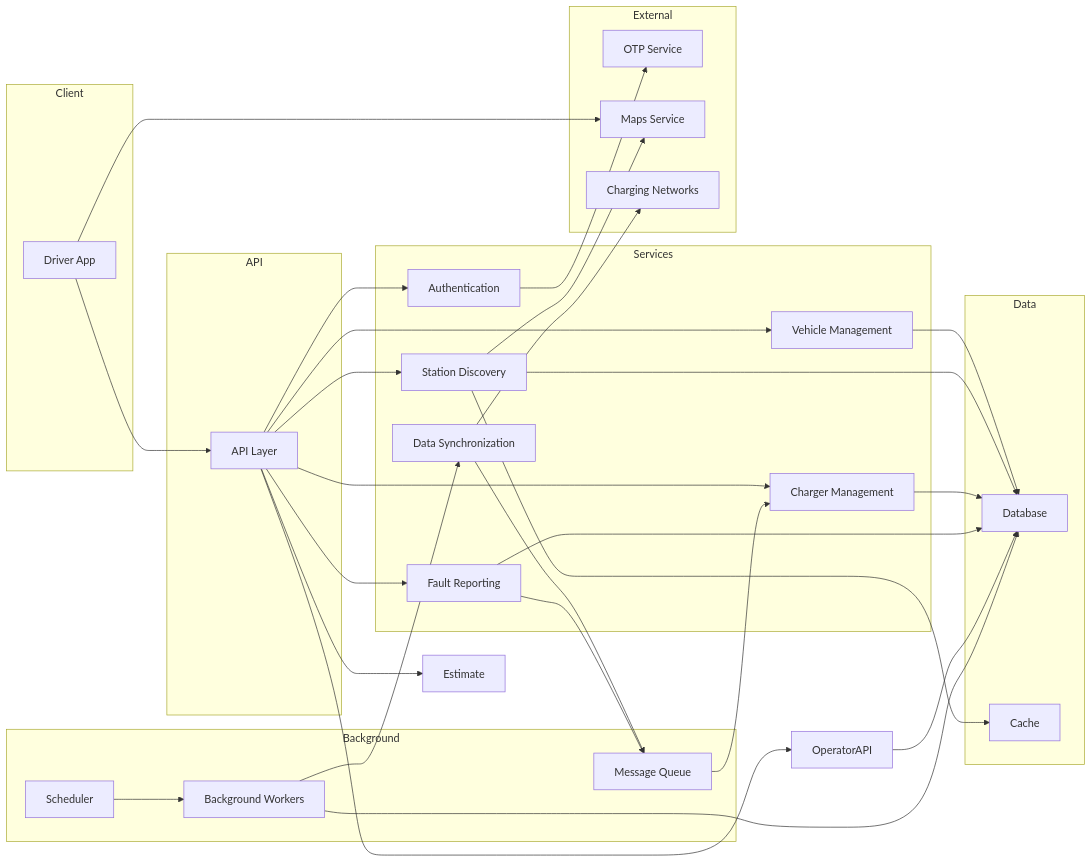
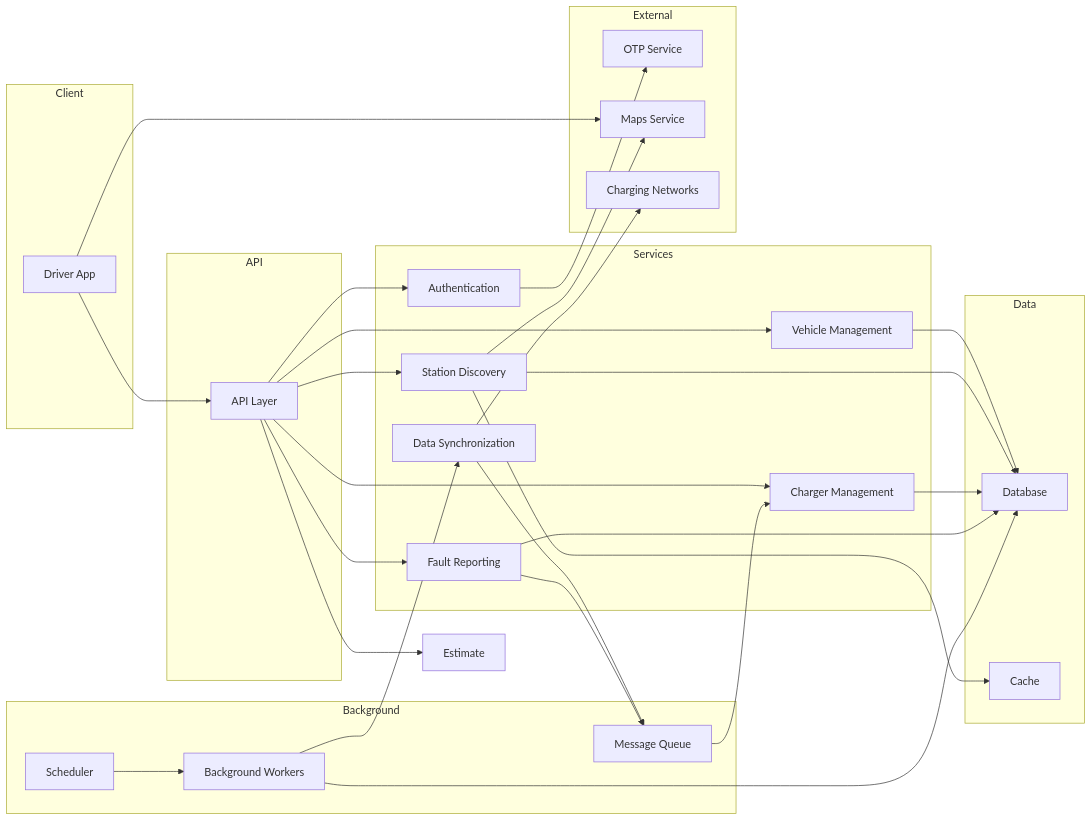
The first of 5 diagrams in ChargeFinder_TDD.md (ashish185/charger-finder), drawn with Mermaid before and after one commit. The commit also changed other lines of this file, not shown here.

````diff
--- a/ChargeFinder_TDD.md
+++ b/ChargeFinder_TDD.md
@@ -44,70 +45,68 @@
 ```mermaid
 flowchart LR
 
 subgraph Client
     Driver["Driver App"]
 end
 
 subgraph API
     Gateway["API Layer"]
 end
 
 subgraph Services
     Auth["Authentication"]
     Vehicle["Vehicle Management"]
     Discovery["Station Discovery"]
     Charger["Charger Management"]
     Report["Fault Reporting"]
     Sync["Data Synchronization"]
 end
 
 subgraph Background
     Scheduler["Scheduler"]
     Queue["Message Queue"]
     Worker["Background Workers"]
 end
 
 subgraph Data
     Database["Database"]
     Cache["Cache"]
 end
 
 subgraph External
     OTP["OTP Service"]
     Maps["Maps Service"]
     CPO["Charging Networks"]
 end
 
 Driver --> Gateway
 
 Gateway --> Auth
 Gateway --> Vehicle
 Gateway --> Discovery
 Gateway --> Charger
 Gateway --> Report
 Gateway --> Estimate
-Gateway --> OperatorAPI
 
 Auth --> OTP
 
 Discovery --> Maps
 Driver --> Maps
 
 Vehicle --> Database
 Discovery --> Database
 Charger --> Database
 Report --> Database
-OperatorAPI --> Database
 
 Discovery --> Cache
 
 Scheduler --> Worker
 Worker --> Sync
 Worker --> Database
 
 Sync --> CPO
 Sync --> Queue
 Queue --> Charger
 
 Report --> Queue
 ```
````
